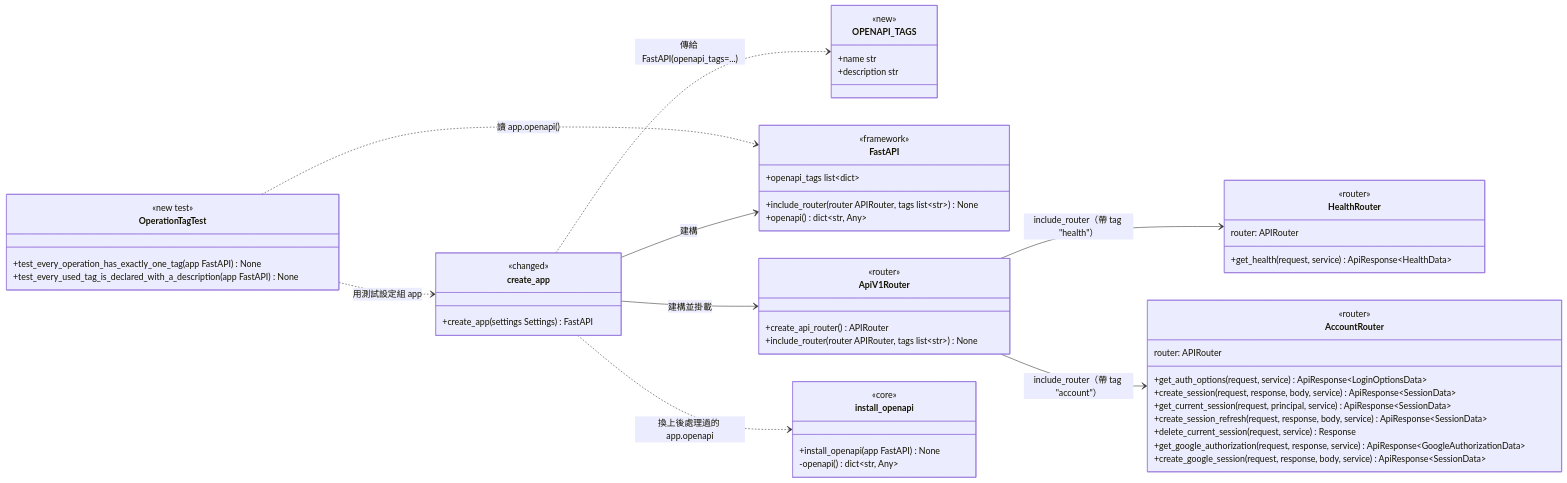
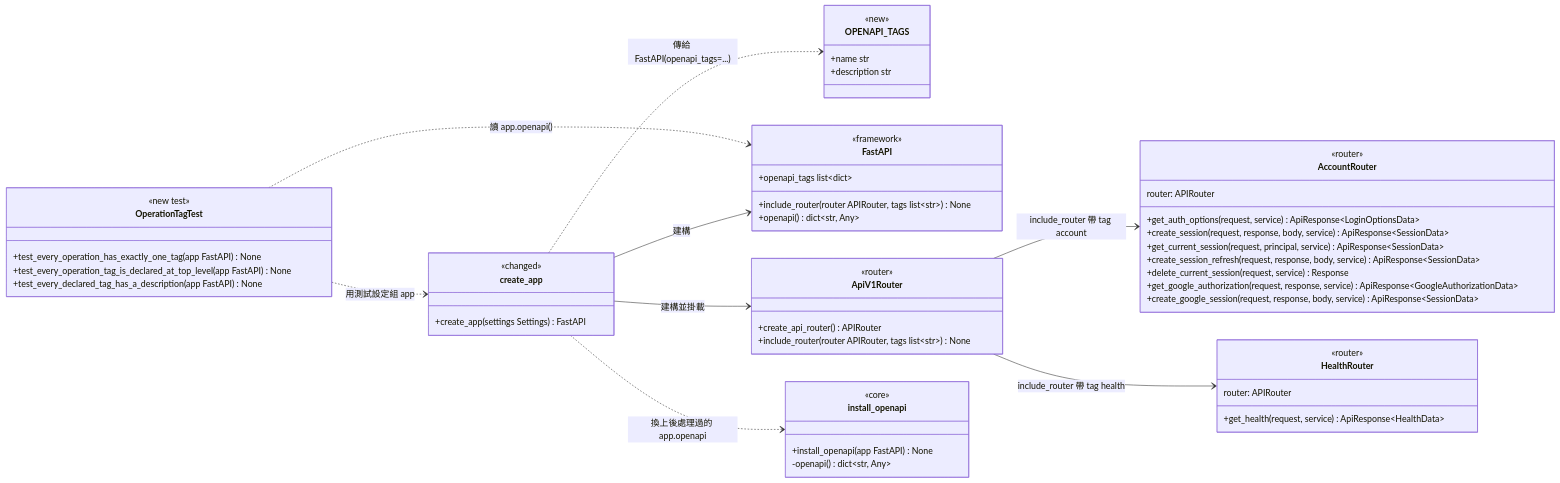
Before and after one commit to label-suite/label-suite: the first of 4 diagrams in openspec/changes/openapi-module-tags/system-design.md, drawn with Mermaid. The commit also changed other lines of this file and 1 other file, not shown here.

````diff
--- a/openspec/changes/openapi-module-tags/system-design.md
+++ b/openspec/changes/openapi-module-tags/system-design.md
@@ -11,58 +11,59 @@
 ```mermaid
 classDiagram
   direction LR
   class create_app {
     <<changed>>
     +create_app(settings Settings) FastAPI
   }
   class OPENAPI_TAGS {
     <<new>>
     +name str
     +description str
   }
   class FastAPI {
     <<framework>>
     +openapi_tags list~dict~
     +include_router(router APIRouter, tags list~str~) None
     +openapi() dict~str, Any~
   }
   class ApiV1Router {
     <<router>>
     +create_api_router() APIRouter
     +include_router(router APIRouter, tags list~str~) None
   }
   class HealthRouter {
     <<router>>
     router: APIRouter
     +get_health(request, service) ApiResponse~HealthData~
   }
   class AccountRouter {
     <<router>>
     router: APIRouter
     +get_auth_options(request, service) ApiResponse~LoginOptionsData~
     +create_session(request, response, body, service) ApiResponse~SessionData~
     +get_current_session(request, principal, service) ApiResponse~SessionData~
     +create_session_refresh(request, response, body, service) ApiResponse~SessionData~
     +delete_current_session(request, service) Response
     +get_google_authorization(request, response, service) ApiResponse~GoogleAuthorizationData~
     +create_google_session(request, response, body, service) ApiResponse~SessionData~
   }
   class install_openapi {
     <<core>>
     +install_openapi(app FastAPI) None
     -openapi() dict~str, Any~
   }
   class OperationTagTest {
     <<new test>>
     +test_every_operation_has_exactly_one_tag(app FastAPI) None
-    +test_every_used_tag_is_declared_with_a_description(app FastAPI) None
+    +test_every_operation_tag_is_declared_at_top_level(app FastAPI) None
+    +test_every_declared_tag_has_a_description(app FastAPI) None
   }
   create_app ..> OPENAPI_TAGS : 傳給 FastAPI(openapi_tags=...)
   create_app --> FastAPI : 建構
   create_app --> ApiV1Router : 建構並掛載
-  ApiV1Router --> HealthRouter : include_router（帶 tag "health"）
-  ApiV1Router --> AccountRouter : include_router（帶 tag "account"）
+  ApiV1Router --> AccountRouter : include_router 帶 tag account
+  ApiV1Router --> HealthRouter : include_router 帶 tag health
   create_app ..> install_openapi : 換上後處理過的 app.openapi
   OperationTagTest ..> create_app : 用測試設定組 app
   OperationTagTest ..> FastAPI : 讀 app.openapi()
 ```
````
